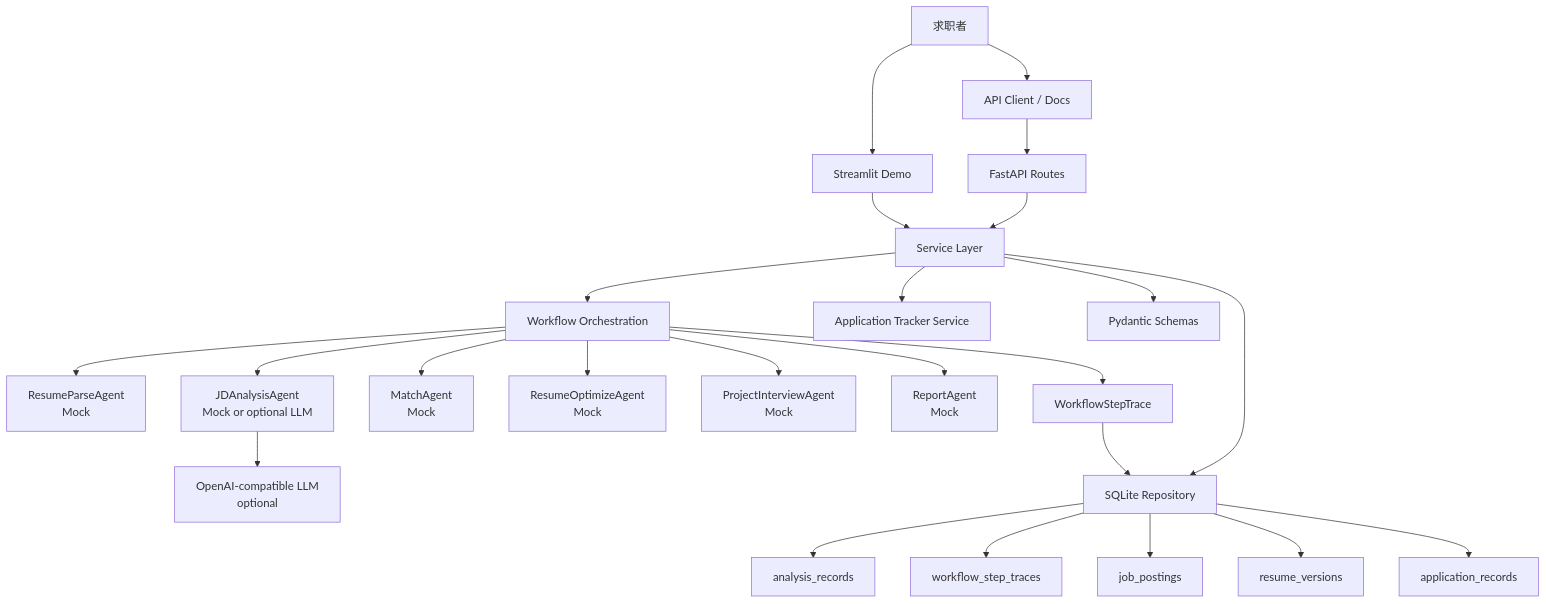
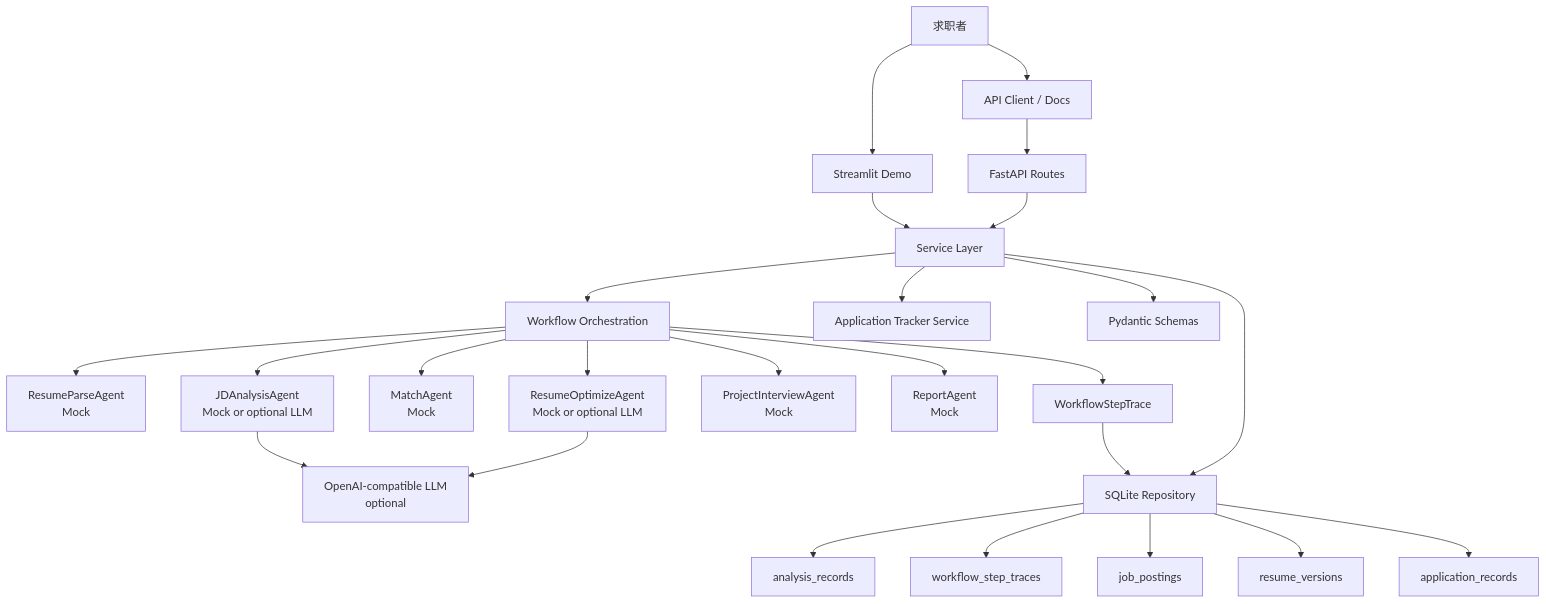
One commit to 123090165/jobagent changed the diagram in README.md. Above: the diagram before and after it, drawn with Mermaid. The commit also changed other lines of this file and 6 other files, not shown here.

Commit message:
docs: document resume optimize llm mode

````diff
--- a/README.md
+++ b/README.md
@@ -52,30 +53,31 @@
 ```mermaid
 flowchart TD
     User["求职者"] --> UI["Streamlit Demo"]
     User --> APIClient["API Client / Docs"]
 
     UI --> Services["Service Layer"]
     APIClient --> FastAPI["FastAPI Routes"]
     FastAPI --> Services
 
     Services --> Workflow["Workflow Orchestration"]
     Workflow --> Resume["ResumeParseAgent<br/>Mock"]
     Workflow --> JD["JDAnalysisAgent<br/>Mock or optional LLM"]
     Workflow --> Match["MatchAgent<br/>Mock"]
-    Workflow --> Optimize["ResumeOptimizeAgent<br/>Mock"]
+    Workflow --> Optimize["ResumeOptimizeAgent<br/>Mock or optional LLM"]
     Workflow --> Challenge["ProjectInterviewAgent<br/>Mock"]
     Workflow --> Report["ReportAgent<br/>Mock"]
     Workflow --> Trace["WorkflowStepTrace"]
     Services --> AppTracker["Application Tracker Service"]
 
     JD --> LLM["OpenAI-compatible LLM<br/>optional"]
+    Optimize --> LLM
     Services --> Schemas["Pydantic Schemas"]
     Services --> Storage["SQLite Repository"]
     Trace --> Storage
 
     Storage --> Records["analysis_records"]
     Storage --> StepTraces["workflow_step_traces"]
     Storage --> Jobs["job_postings"]
     Storage --> ResumeVersions["resume_versions"]
     Storage --> Applications["application_records"]
 ```
````
